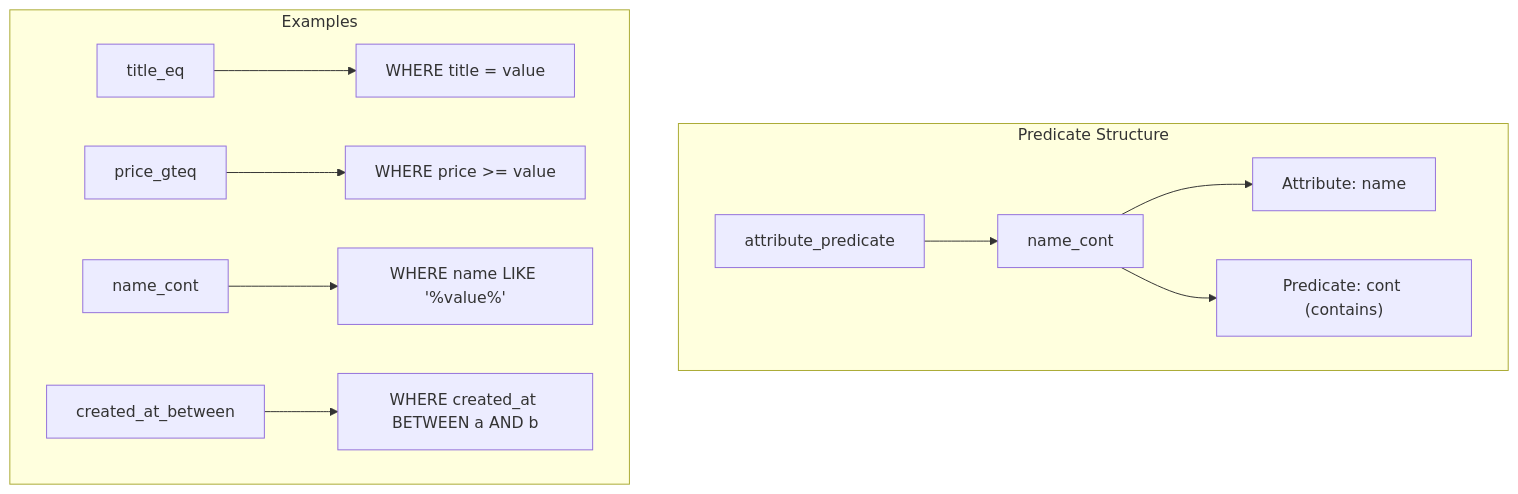
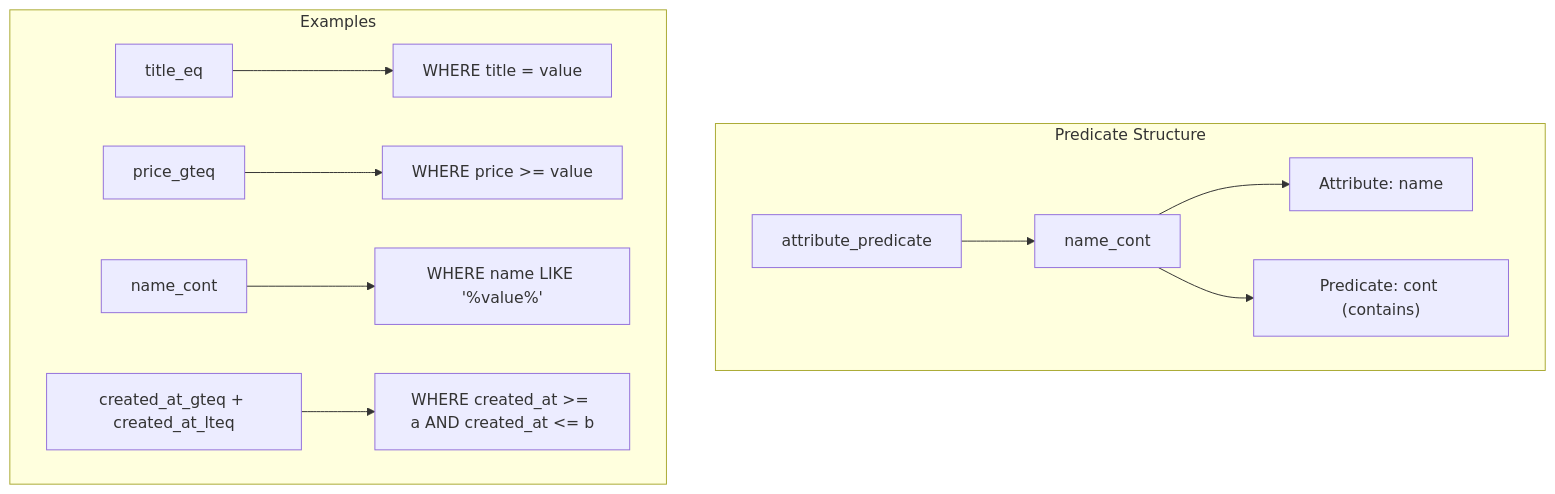
Before and after one commit to OneUptime/blog: the second of 5 diagrams in posts/2025-07-02-rails-ransack-search/README.md, drawn with Mermaid. The commit also changed 110 other files, not shown here.

````diff
--- a/posts/2025-07-02-rails-ransack-search/README.md
+++ b/posts/2025-07-02-rails-ransack-search/README.md
@@ -42,15 +42,15 @@
 ```mermaid
 flowchart TB
     subgraph Predicate Structure
         A["attribute_predicate"] --> B["name_cont"]
         B --> C["Attribute: name"]
         B --> D["Predicate: cont (contains)"]
     end
     
     subgraph Examples
         E["title_eq"] --> F["WHERE title = value"]
         G["price_gteq"] --> H["WHERE price >= value"]
         I["name_cont"] --> J["WHERE name LIKE '%value%'"]
-        K["created_at_between"] --> L["WHERE created_at BETWEEN a AND b"]
+        K["created_at_gteq + created_at_lteq"] --> L["WHERE created_at >= a AND created_at <= b"]
     end
 ```
````
